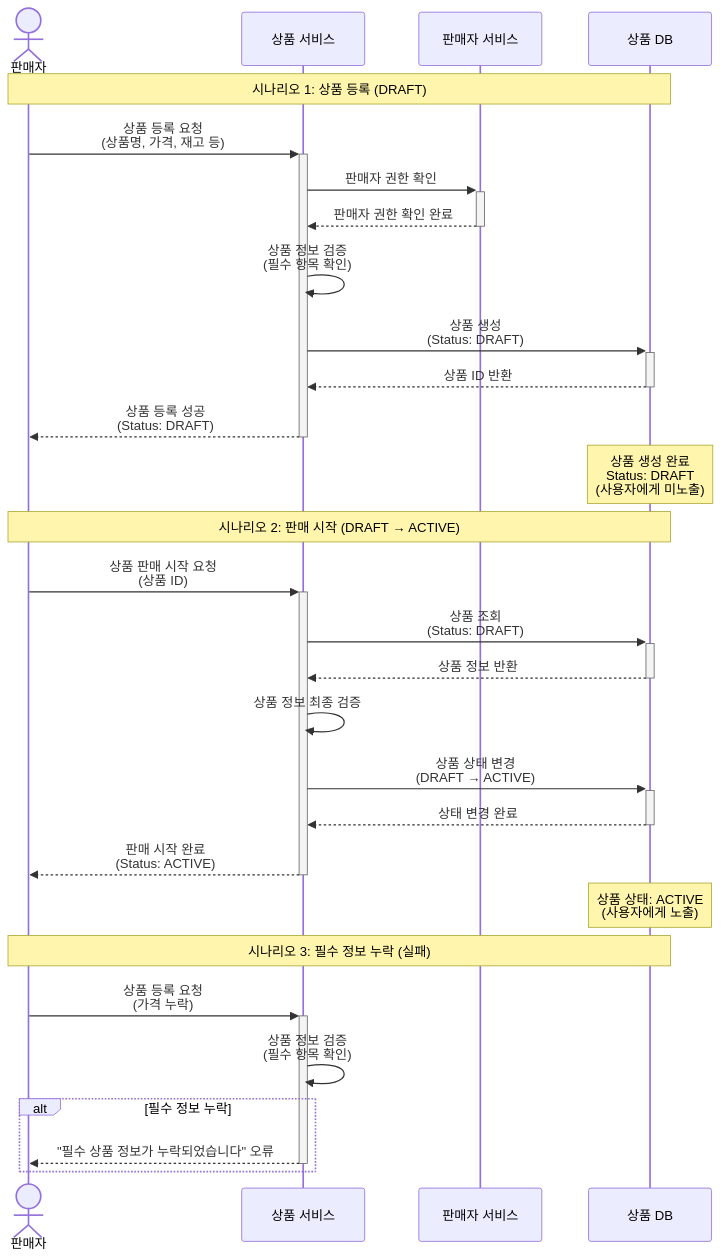
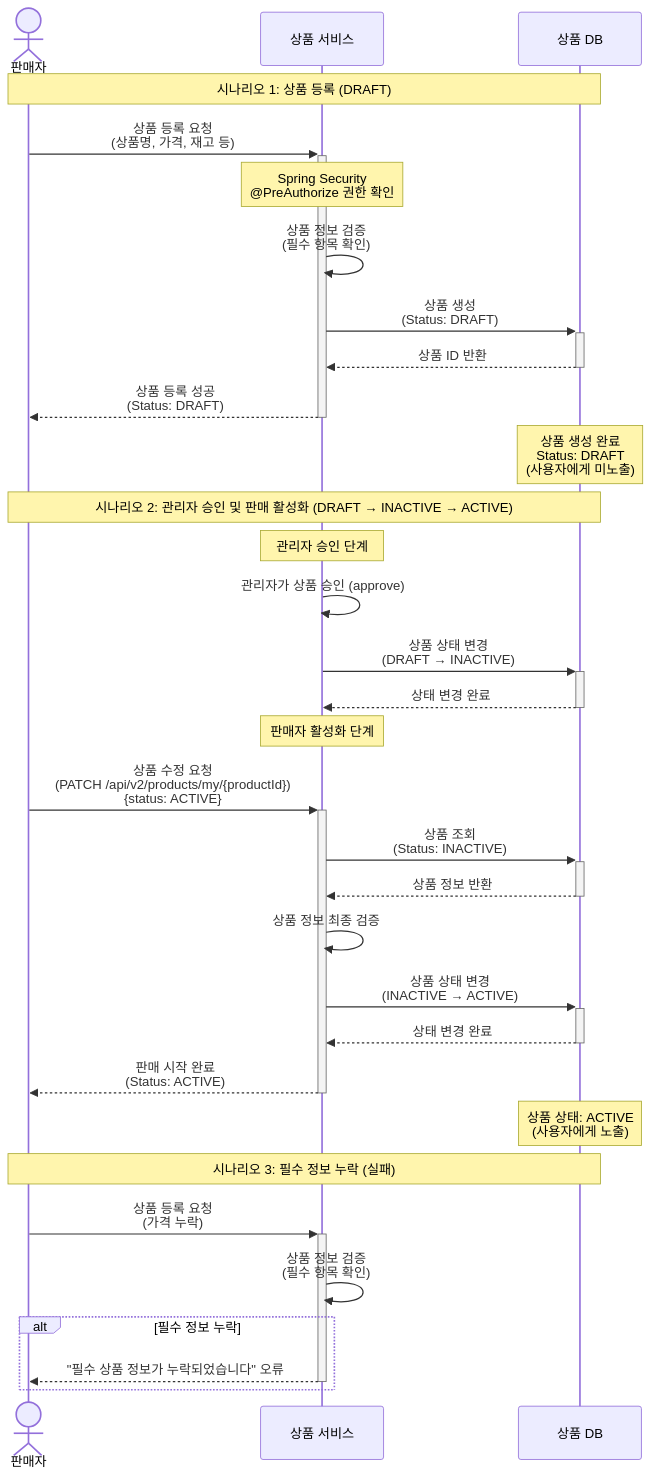
The diagram in docs/sequences/4.13-product-registration.md (prgrms-be-adv-devcourse/beadv4_4_Team201_BE), drawn with Mermaid before and after one commit. The commit also changed other lines of this file and 48 other files, not shown here.

````diff
--- a/docs/sequences/4.13-product-registration.md
+++ b/docs/sequences/4.13-product-registration.md
@@ -5,47 +5,51 @@
 ```mermaid
 sequenceDiagram
     actor Seller as 판매자
     participant ProductService as 상품 서비스
-    participant SellerService as 판매자 서비스
     participant ProductDB as 상품 DB
 
     Note over Seller,ProductDB: 시나리오 1: 상품 등록 (DRAFT)
 
     Seller->>+ProductService: 상품 등록 요청<br/>(상품명, 가격, 재고 등)
-    ProductService->>+SellerService: 판매자 권한 확인
-    SellerService-->>-ProductService: 판매자 권한 확인 완료
+    Note over ProductService: Spring Security<br/>@PreAuthorize 권한 확인
 
     ProductService->>ProductService: 상품 정보 검증<br/>(필수 항목 확인)
 
     ProductService->>+ProductDB: 상품 생성<br/>(Status: DRAFT)
     ProductDB-->>-ProductService: 상품 ID 반환
 
     ProductService-->>-Seller: 상품 등록 성공<br/>(Status: DRAFT)
 
     Note over ProductDB: 상품 생성 완료<br/>Status: DRAFT<br/>(사용자에게 미노출)
 
-    Note over Seller,ProductDB: 시나리오 2: 판매 시작 (DRAFT → ACTIVE)
+    Note over Seller,ProductDB: 시나리오 2: 관리자 승인 및 판매 활성화 (DRAFT → INACTIVE → ACTIVE)
 
-    Seller->>+ProductService: 상품 판매 시작 요청<br/>(상품 ID)
-    ProductService->>+ProductDB: 상품 조회<br/>(Status: DRAFT)
+    Note over ProductService: 관리자 승인 단계
+    ProductService->>ProductService: 관리자가 상품 승인 (approve)
+    ProductService->>+ProductDB: 상품 상태 변경<br/>(DRAFT → INACTIVE)
+    ProductDB-->>-ProductService: 상태 변경 완료
+
+    Note over ProductService: 판매자 활성화 단계
+    Seller->>+ProductService: 상품 수정 요청<br/>(PATCH /api/v2/products/my/{productId})<br/>{status: ACTIVE}
+    ProductService->>+ProductDB: 상품 조회<br/>(Status: INACTIVE)
     ProductDB-->>-ProductService: 상품 정보 반환
 
     ProductService->>ProductService: 상품 정보 최종 검증
 
-    ProductService->>+ProductDB: 상품 상태 변경<br/>(DRAFT → ACTIVE)
+    ProductService->>+ProductDB: 상품 상태 변경<br/>(INACTIVE → ACTIVE)
     ProductDB-->>-ProductService: 상태 변경 완료
 
     ProductService-->>-Seller: 판매 시작 완료<br/>(Status: ACTIVE)
 
     Note over ProductDB: 상품 상태: ACTIVE<br/>(사용자에게 노출)
 
     Note over Seller,ProductDB: 시나리오 3: 필수 정보 누락 (실패)
 
     Seller->>+ProductService: 상품 등록 요청<br/>(가격 누락)
     ProductService->>ProductService: 상품 정보 검증<br/>(필수 항목 확인)
 
     alt 필수 정보 누락
         ProductService-->>Seller: "필수 상품 정보가 누락되었습니다" 오류
         deactivate ProductService
     end
 ```
````
